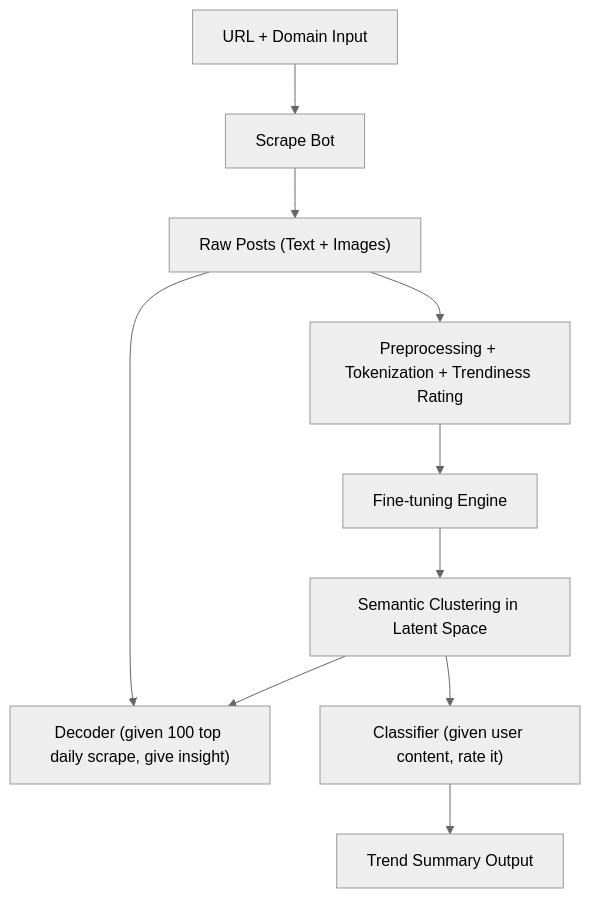
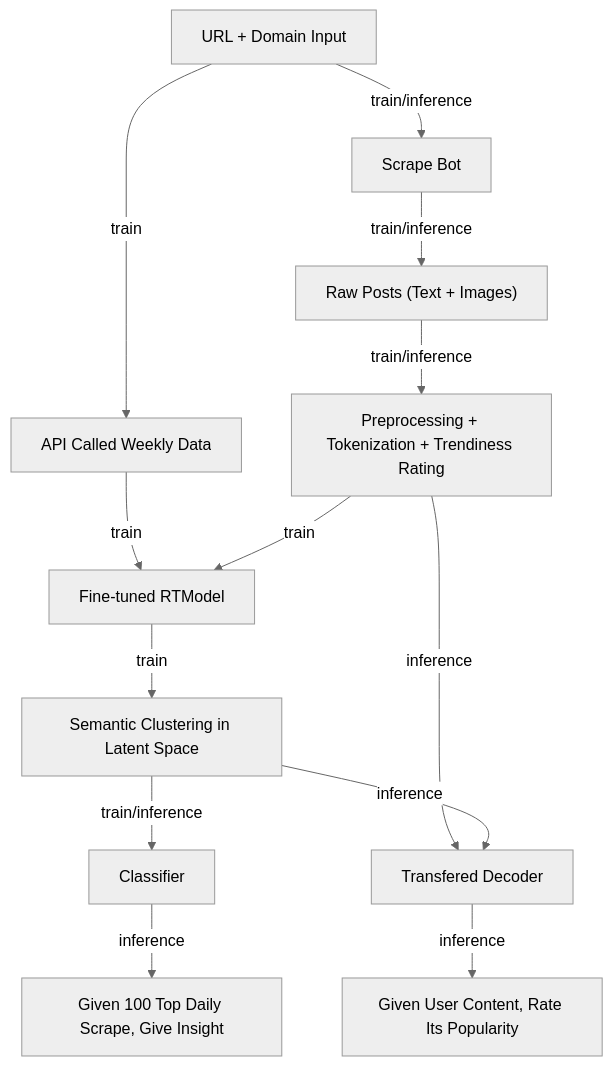
One commit to KevinBian107/TrendFlow changed the diagram in README.md. Above: the diagram before and after it, drawn with Mermaid (neutral theme). The commit also changed other lines of this file, not shown here.

````diff
--- a/README.md
+++ b/README.md
@@ -25,13 +26,16 @@
 ```mermaid
 flowchart TD
-    A[URL + Domain Input] --> B[Scrape Bot]
-    B --> C["Raw Posts (Text + Images)"]
-    C --> H2["Inference"]
-    C --> D["Preprocessing + Tokenization + Trendiness Rating"]
-    D --> F["Fine-tuning Engine"]
-    F --> G["Semantic Clustering in Latent Space"]
-    G --> H1["Classifier (given user content, rate it)"]
-    G --> H2["Decoder (given 100 top daily scrape, give insight)"]
-    H1 --> I["Trend Summary Output"]
+    A[URL + Domain Input] --train/inference--> B[Scrape Bot]
+    A --train--> D2["API Called Weekly Data"]
+    D2 --train--> F["Fine-tuned RTModel"]
+    B --train/inference--> C["Raw Posts (Text + Images)"]
+    C --train/inference--> D1["Preprocessing + Tokenization + Trendiness Rating"]
+    D1 --train--> F["Fine-tuned RTModel"]
+    D1 --inference--> H2["Transfered Decoder"]
+    F --train--> G["Semantic Clustering in Latent Space"]
+    G --train/inference--> H1["Classifier"]
+    H2 --inference--> I2["Given User Content, Rate Its Popularity"]
+    G --inference--> H2["Transfered Decoder"]
+    H1 --inference--> I1["Given 100 Top Daily Scrape, Give Insight"]
 
 ```
````
